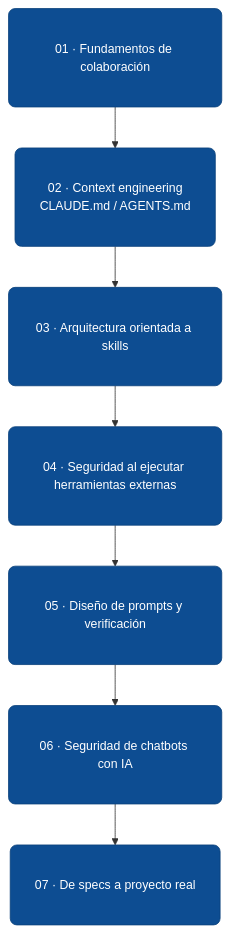
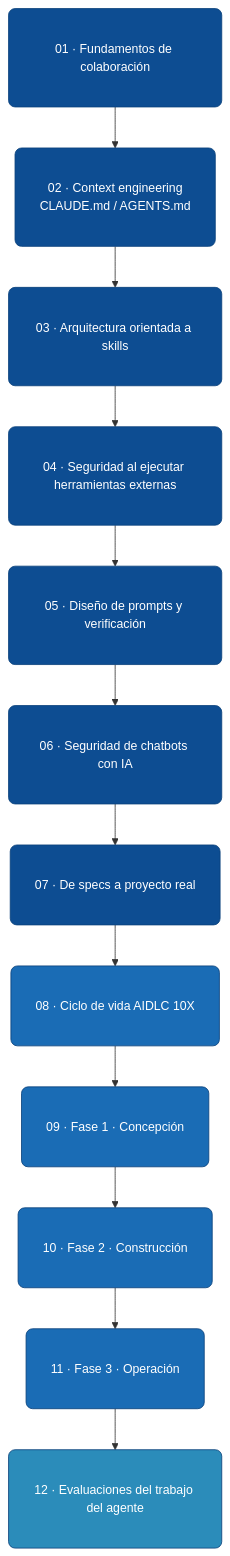
Before and after one commit to 10xGuatemala/bootcamp: the diagram in docs/colaboracion-con-agentes-ia/index.md, drawn with Mermaid. The commit also changed other lines of this file and 18 other files, not shown here.

````diff
--- a/docs/colaboracion-con-agentes-ia/index.md
+++ b/docs/colaboracion-con-agentes-ia/index.md
@@ -46,13 +48,22 @@
 ```mermaid
 flowchart TB
     M1[01 · Fundamentos de colaboración]
     M2[02 · Context engineering<br/>CLAUDE.md / AGENTS.md]
     M3[03 · Arquitectura orientada a skills]
     M4[04 · Seguridad al ejecutar herramientas externas]
     M5[05 · Diseño de prompts y verificación]
     M6[06 · Seguridad de chatbots con IA]
     M7[07 · De specs a proyecto real]
-    M1 --> M2 --> M3 --> M4 --> M5 --> M6 --> M7
+    M8[08 · Ciclo de vida AIDLC 10X]
+    M9[09 · Fase 1 · Concepción]
+    M10[10 · Fase 2 · Construcción]
+    M11[11 · Fase 3 · Operación]
+    M12[12 · Evaluaciones del trabajo del agente]
+    M1 --> M2 --> M3 --> M4 --> M5 --> M6 --> M7 --> M8 --> M9 --> M10 --> M11 --> M12
     classDef step fill:#0d4d92,color:#fff,stroke:#0b417b,stroke-width:1px,rx:8,ry:8,font-size:15px,padding:10px
+    classDef cycle fill:#1a6cb5,color:#fff,stroke:#0b417b,stroke-width:1px,rx:8,ry:8,font-size:15px,padding:10px
+    classDef future fill:#2b8cba,color:#fff,stroke:#0b417b,stroke-width:1px,rx:8,ry:8,font-size:15px,padding:10px
     class M1,M2,M3,M4,M5,M6,M7 step
+    class M8,M9,M10,M11 cycle
+    class M12 future
 ```
````
